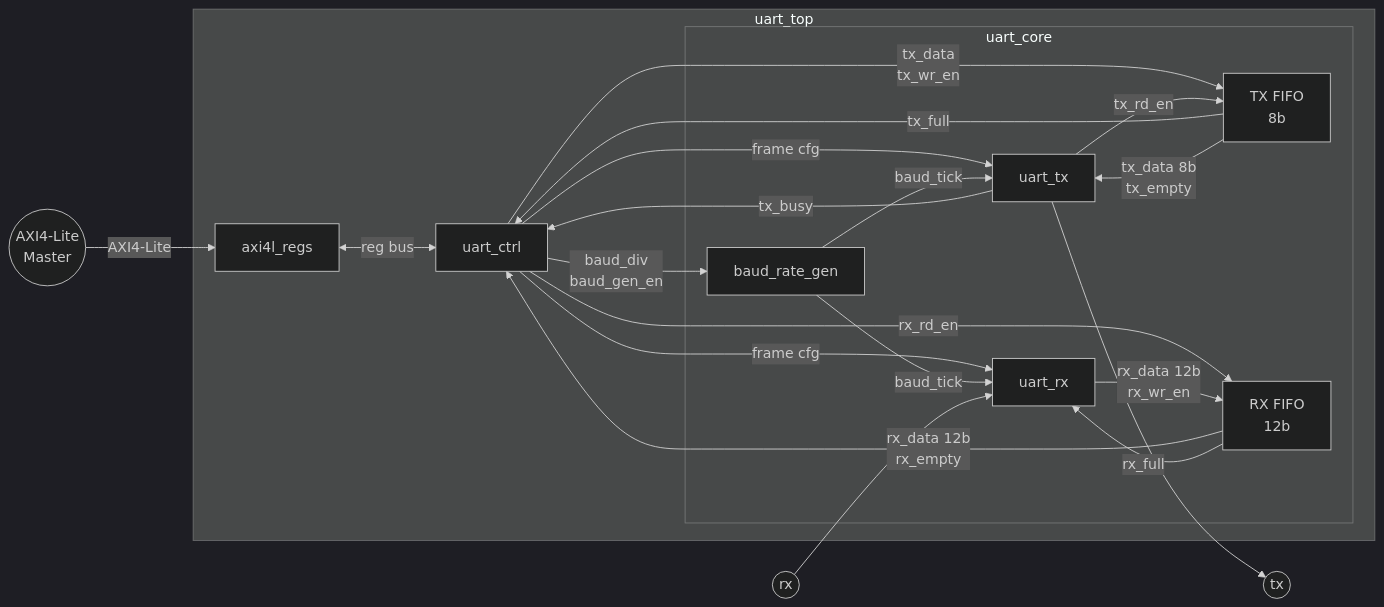
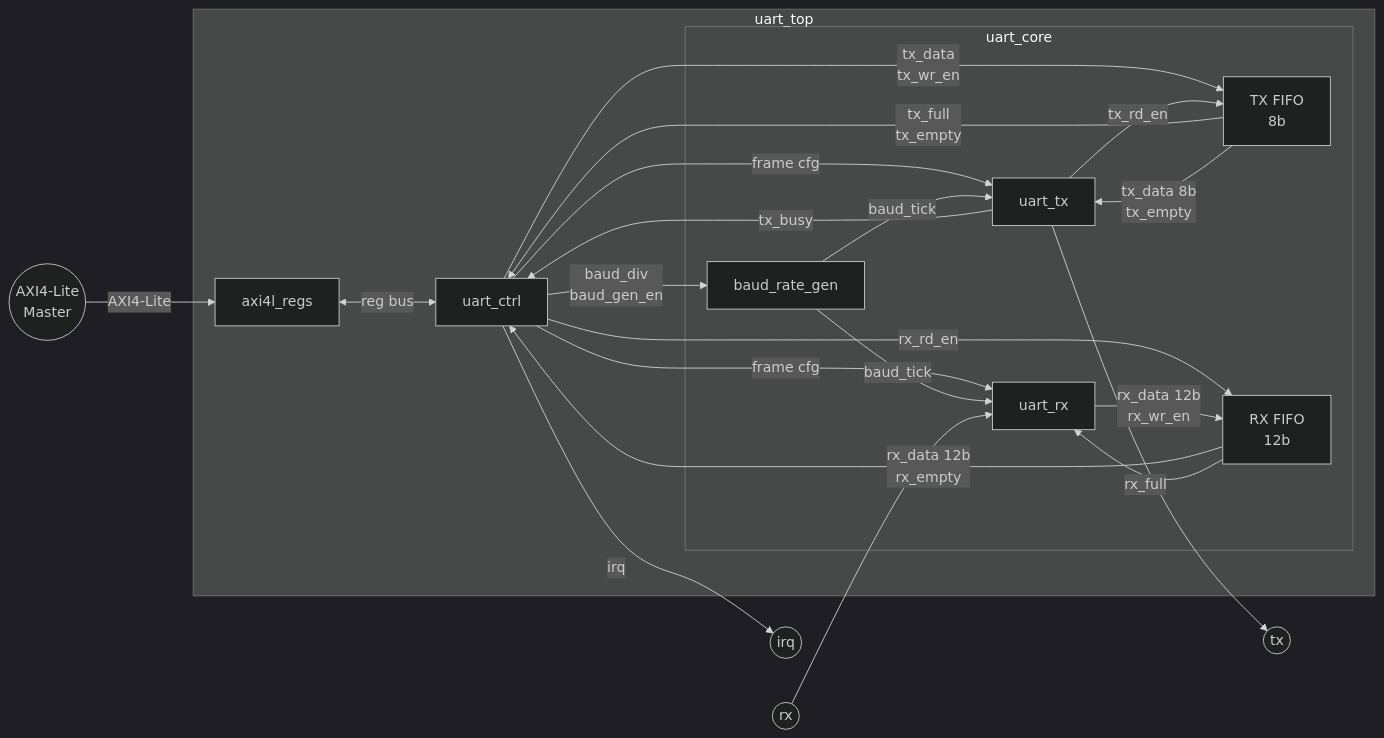
The diagram in docs/design.md (gmcastil/axi4l-uart), drawn with Mermaid (dark theme) before and after one commit. The commit also changed other lines of this file, not shown here.

````diff
--- a/docs/design.md
+++ b/docs/design.md
@@ -13,38 +13,39 @@
 ```mermaid
 graph LR
     AXIM((AXI4-Lite\nMaster))
     TX((tx))
     RX((rx))
 
     subgraph uart_top["uart_top"]
         AXI["axi4l_regs"]
         CTRL["uart_ctrl"]
 
         subgraph uart_core["uart_core"]
             BRG["baud_rate_gen"]
             TXFIFO["TX FIFO\n8b"]
             UTX["uart_tx"]
             URX["uart_rx"]
             RXFIFO["RX FIFO\n12b"]
         end
     end
 
     AXIM -->|AXI4-Lite| AXI
     AXI <-->|reg bus| CTRL
     CTRL -->|baud_div\nbaud_gen_en| BRG
     CTRL -->|frame cfg| UTX
     CTRL -->|frame cfg| URX
     CTRL -->|tx_data\ntx_wr_en| TXFIFO
-    TXFIFO -->|tx_full| CTRL
+    TXFIFO -->|tx_full\ntx_empty| CTRL
     UTX -->|tx_busy| CTRL
     RXFIFO -->|rx_data 12b\nrx_empty| CTRL
     CTRL -->|rx_rd_en| RXFIFO
     BRG -->|baud_tick| UTX
     BRG -->|baud_tick| URX
     TXFIFO -->|tx_data 8b\ntx_empty| UTX
     UTX -->|tx_rd_en| TXFIFO
     URX -->|rx_data 12b\nrx_wr_en| RXFIFO
     RXFIFO -->|rx_full| URX
     UTX --> TX
     RX --> URX
+    CTRL -->|irq| IRQ((irq))
 ```
````
